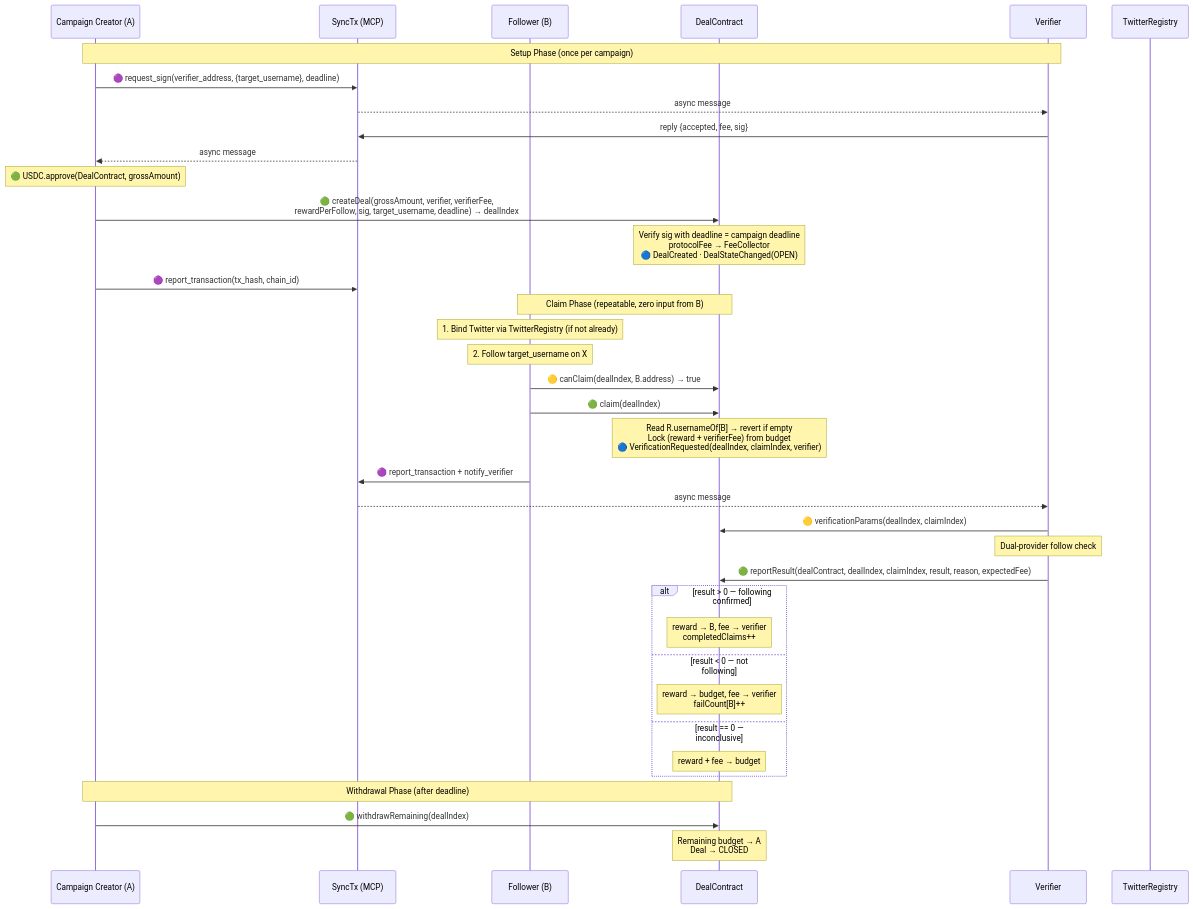
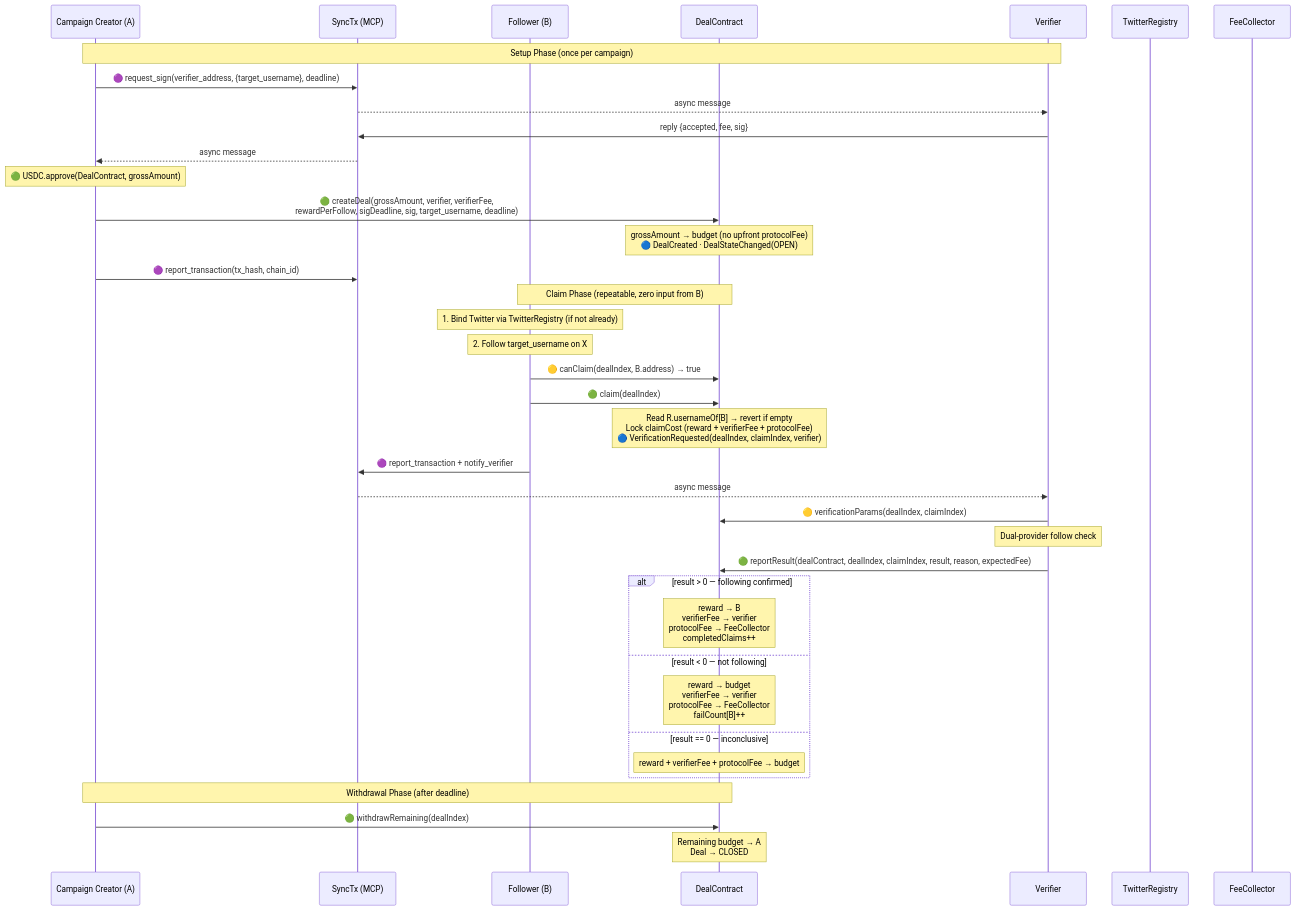
One commit to synctxai/synctx changed the first of 5 diagrams in examples/x-follow/x-follow-design.md. Above: the diagram before and after it, drawn with Mermaid. The commit also changed other lines of this file and 1 other file, not shown here.

First line of the commit message:
docs(x-follow): per-claim protocol fee from budget, no upfront fee at creation

````diff
--- a/examples/x-follow/x-follow-design.md
+++ b/examples/x-follow/x-follow-design.md
@@ -162,49 +164,50 @@
 ```mermaid
 sequenceDiagram
     participant A as Campaign Creator (A)
     participant P as SyncTx (MCP)
     participant B as Follower (B)
     participant D as DealContract
     participant V as Verifier
     participant R as TwitterRegistry
+    participant F as FeeCollector
 
     Note over A,V: Setup Phase (once per campaign)
 
     A->>P: 🟣 request_sign(verifier_address, {target_username}, deadline)
     P-->>V: async message
     V->>P: reply {accepted, fee, sig}
     P-->>A: async message
 
     Note over A: 🟢 USDC.approve(DealContract, grossAmount)
-    A->>D: 🟢 createDeal(grossAmount, verifier, verifierFee,<br/>rewardPerFollow, sig, target_username, deadline) → dealIndex
-    Note over D: Verify sig with deadline = campaign deadline<br/>protocolFee → FeeCollector<br/>🔵 DealCreated · DealStateChanged(OPEN)
+    A->>D: 🟢 createDeal(grossAmount, verifier, verifierFee,<br/>rewardPerFollow, sigDeadline, sig, target_username, deadline)
+    Note over D: grossAmount → budget (no upfront protocolFee)<br/>🔵 DealCreated · DealStateChanged(OPEN)
     A->>P: 🟣 report_transaction(tx_hash, chain_id)
 
     Note over B,D: Claim Phase (repeatable, zero input from B)
 
     Note over B: 1. Bind Twitter via TwitterRegistry (if not already)
     Note over B: 2. Follow target_username on X
     B->>D: 🟡 canClaim(dealIndex, B.address) → true
     B->>D: 🟢 claim(dealIndex)
-    Note over D: Read R.usernameOf[B] → revert if empty<br/>Lock (reward + verifierFee) from budget<br/>🔵 VerificationRequested(dealIndex, claimIndex, verifier)
+    Note over D: Read R.usernameOf[B] → revert if empty<br/>Lock claimCost (reward + verifierFee + protocolFee)<br/>🔵 VerificationRequested(dealIndex, claimIndex, verifier)
     B->>P: 🟣 report_transaction + notify_verifier
     P-->>V: async message
 
     V->>D: 🟡 verificationParams(dealIndex, claimIndex)
     Note over V: Dual-provider follow check
 
     V->>D: 🟢 reportResult(dealContract, dealIndex, claimIndex, result, reason, expectedFee)
 
     alt result > 0 — following confirmed
-        Note over D: reward → B, fee → verifier<br/>completedClaims++
+        Note over D: reward → B<br/>verifierFee → verifier<br/>protocolFee → FeeCollector<br/>completedClaims++
     else result < 0 — not following
-        Note over D: reward → budget, fee → verifier<br/>failCount[B]++
+        Note over D: reward → budget<br/>verifierFee → verifier<br/>protocolFee → FeeCollector<br/>failCount[B]++
     else result == 0 — inconclusive
-        Note over D: reward + fee → budget
+        Note over D: reward + verifierFee + protocolFee → budget
     end
 
     Note over A,D: Withdrawal Phase (after deadline)
 
     A->>D: 🟢 withdrawRemaining(dealIndex)
     Note over D: Remaining budget → A<br/>Deal → CLOSED
 ```
````
